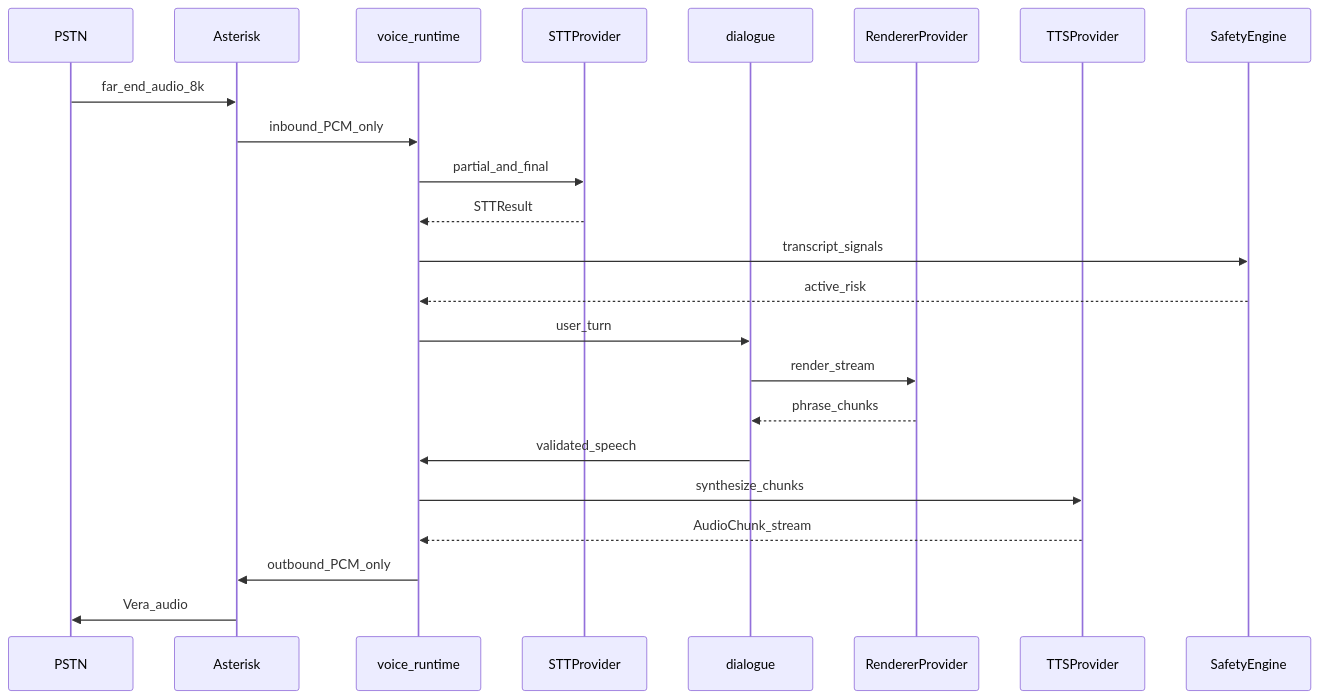
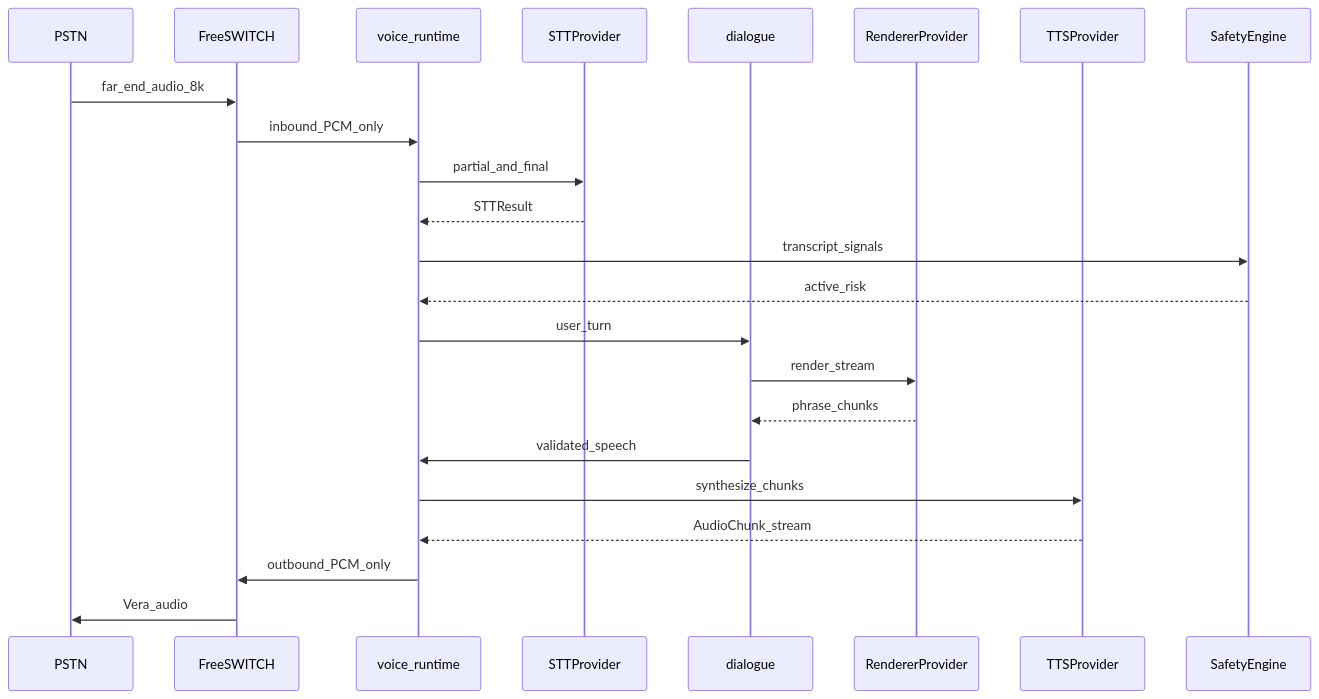
One commit to Belvist/imvera changed the diagram in docs/ARCHITECTURE.md. Above: the diagram before and after it, drawn with Mermaid. The commit also changed other lines of this file and 5 other files, not shown here.

````diff
--- a/docs/ARCHITECTURE.md
+++ b/docs/ARCHITECTURE.md
@@ -40,26 +40,26 @@
 ```mermaid
 sequenceDiagram
   participant PSTN
-  participant Asterisk
+  participant FS as FreeSWITCH
   participant Runtime as voice_runtime
   participant STT as STTProvider
   participant Dial as dialogue
   participant LLM as RendererProvider
   participant TTS as TTSProvider
   participant Safety as SafetyEngine
 
-  PSTN->>Asterisk: far_end_audio_8k
-  Asterisk->>Runtime: inbound_PCM_only
+  PSTN->>FS: far_end_audio_8k
+  FS->>Runtime: inbound_PCM_only
   Runtime->>STT: partial_and_final
   STT-->>Runtime: STTResult
   Runtime->>Safety: transcript_signals
   Safety-->>Runtime: active_risk
   Runtime->>Dial: user_turn
   Dial->>LLM: render_stream
   LLM-->>Dial: phrase_chunks
   Dial->>Runtime: validated_speech
   Runtime->>TTS: synthesize_chunks
   TTS-->>Runtime: AudioChunk_stream
-  Runtime->>Asterisk: outbound_PCM_only
-  Asterisk->>PSTN: Vera_audio
+  Runtime->>FS: outbound_PCM_only
+  FS->>PSTN: Vera_audio
 ```
````
